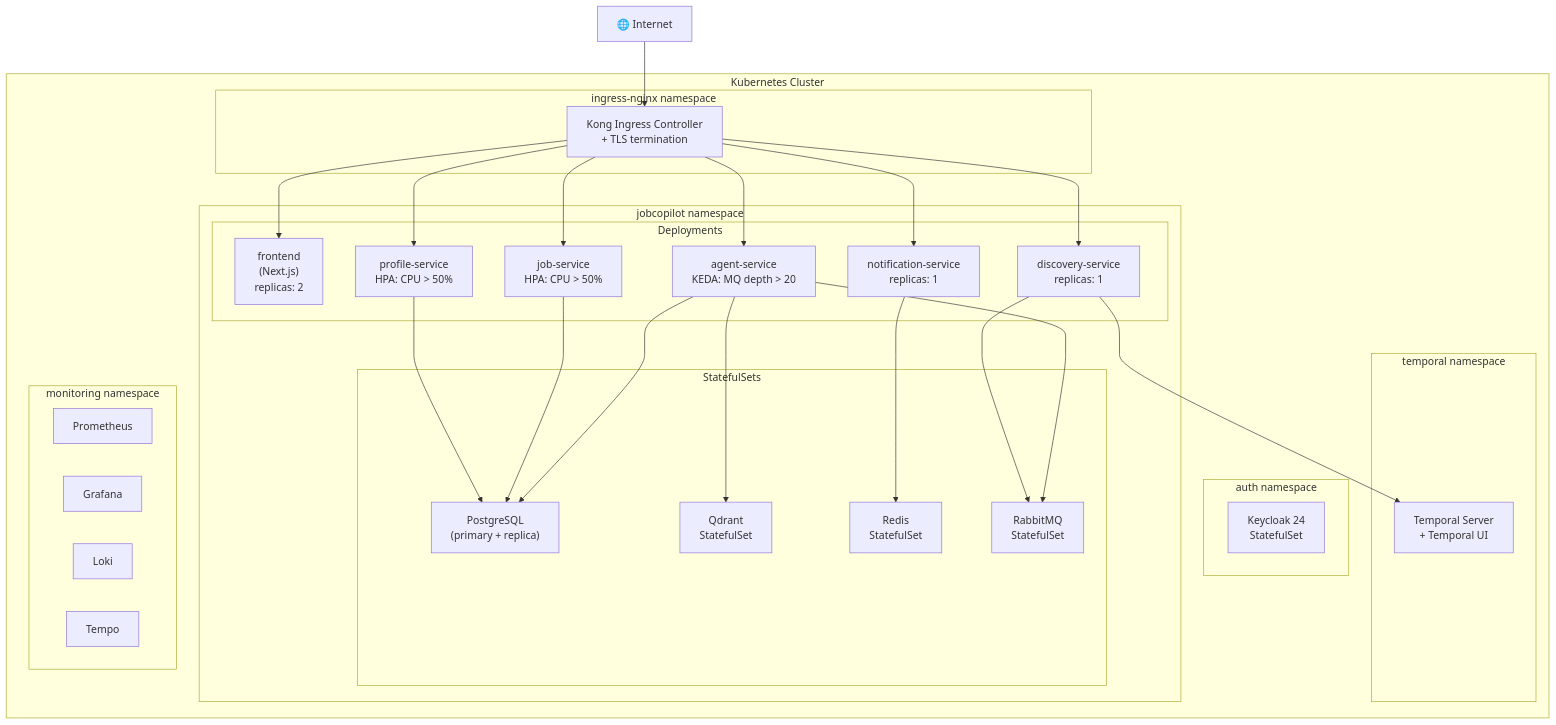
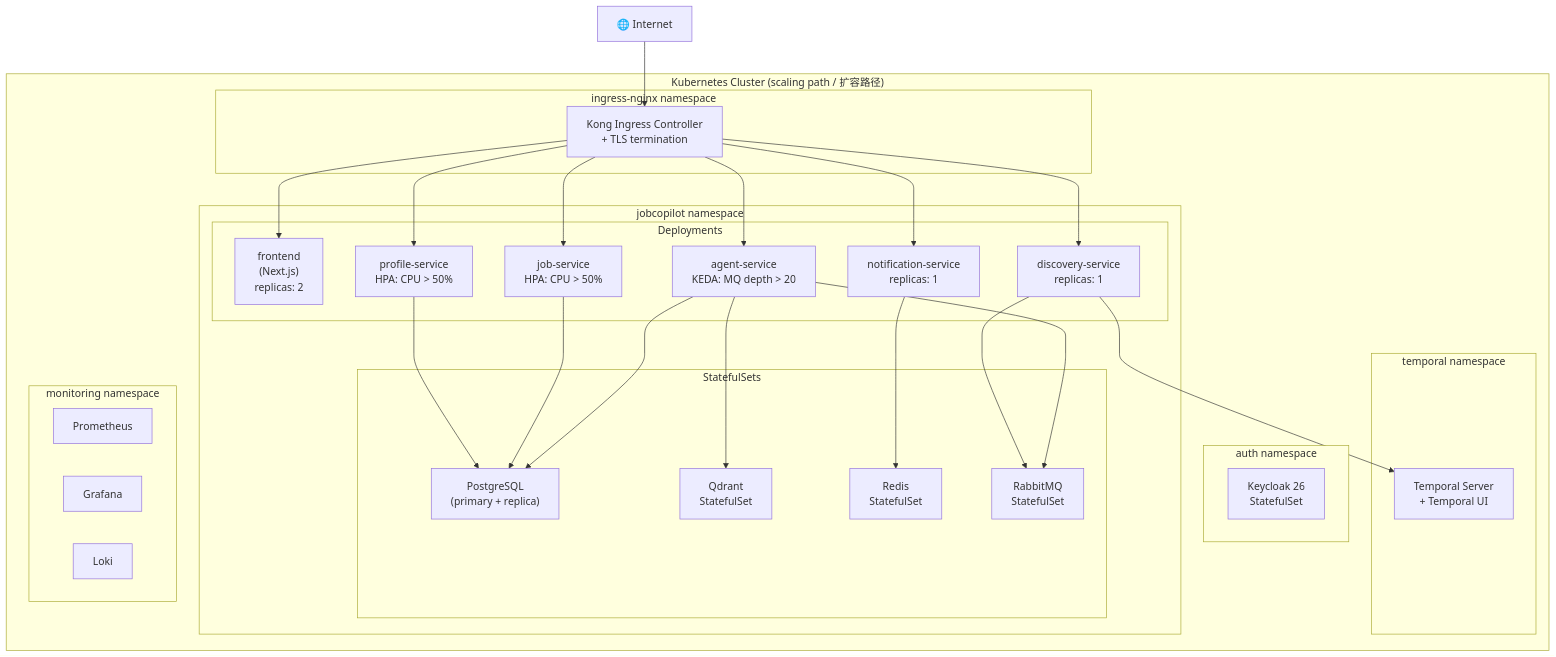
Before and after one commit to shangxiang0907/JobCopilot: diagram 13 of 13 in docs/SAD.md, drawn with Mermaid. The commit also changed other lines of this file and 3 other files, not shown here.

````diff
--- a/docs/SAD.md
+++ b/docs/SAD.md
@@ -701,52 +695,51 @@
 ```mermaid
 graph TB
     Internet["🌐 Internet"]
 
-    subgraph K8s["Kubernetes Cluster"]
+    subgraph K8s["Kubernetes Cluster (scaling path / 扩容路径)"]
         subgraph ingress["ingress-nginx namespace"]
             KIC["Kong Ingress Controller\n+ TLS termination"]
         end
 
         subgraph auth["auth namespace"]
-            KC["Keycloak 24\nStatefulSet"]
+            KC["Keycloak 26\nStatefulSet"]
         end
 
         subgraph temporal["temporal namespace"]
             TW["Temporal Server\n+ Temporal UI"]
         end
 
         subgraph app["jobcopilot namespace"]
             subgraph deps["Deployments"]
                 FE["frontend\n(Next.js)\nreplicas: 2"]
                 PS["profile-service\nHPA: CPU > 50%"]
                 JS["job-service\nHPA: CPU > 50%"]
                 DS["discovery-service\nreplicas: 1"]
                 AS["agent-service\nKEDA: MQ depth > 20"]
                 NS["notification-service\nreplicas: 1"]
             end
 
             subgraph sts["StatefulSets"]
                 PG["PostgreSQL\n(primary + replica)"]
                 QD["Qdrant\nStatefulSet"]
                 RD["Redis\nStatefulSet"]
                 RMQ["RabbitMQ\nStatefulSet"]
             end
         end
 
         subgraph monitoring["monitoring namespace"]
             Prom["Prometheus"]
             Graf["Grafana"]
             Loki2["Loki"]
-            Tempo2["Tempo"]
         end
     end
 
     Internet --> KIC
     KIC --> FE & PS & JS & DS & AS & NS
     PS & JS & AS --> PG
     AS --> QD
     DS --> RMQ
     AS --> RMQ
     NS --> RD
     DS --> TW
 ```
````
